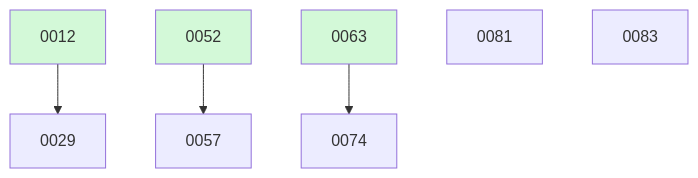
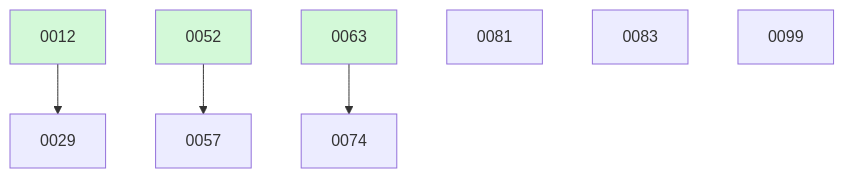
Before and after one commit to ethanhinson/fuse: the diagram in docs/changes/BOARD.md, drawn with Mermaid. The commit also changed other lines of this file and 1 other file, not shown here.

````diff
--- a/docs/changes/BOARD.md
+++ b/docs/changes/BOARD.md
@@ -25,12 +26,13 @@
 ```mermaid
 graph TD
   0012 --> 0029
   0052 --> 0057
   0063 --> 0074
   0081
   0083
+  0099
   0012:::done
   0052:::done
   0063:::done
   classDef done fill:#d3f9d8;
 ```
````
